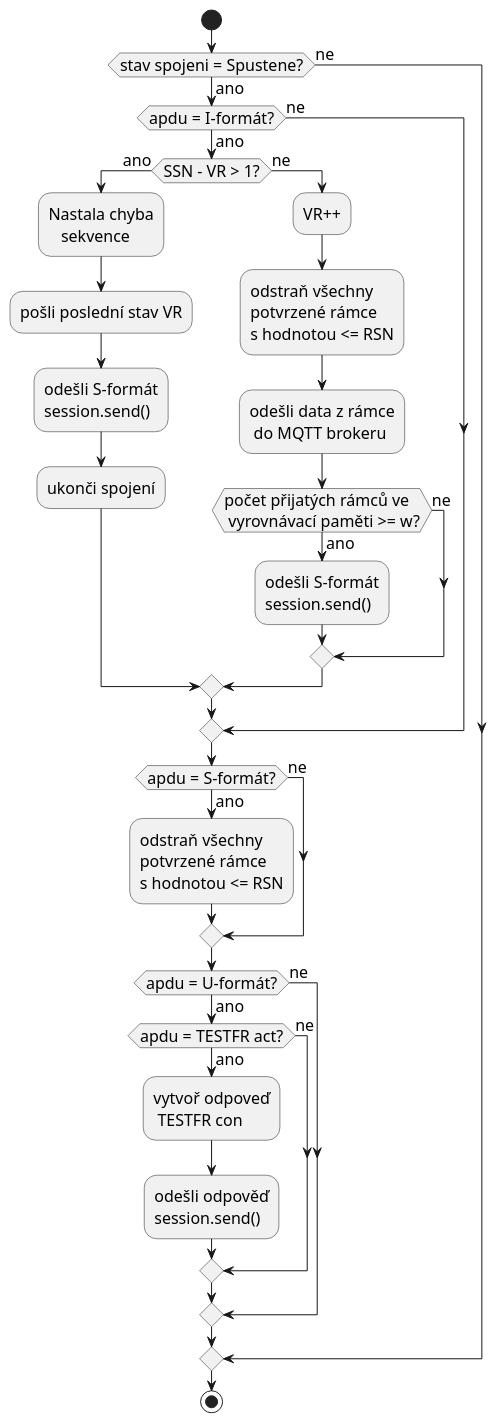
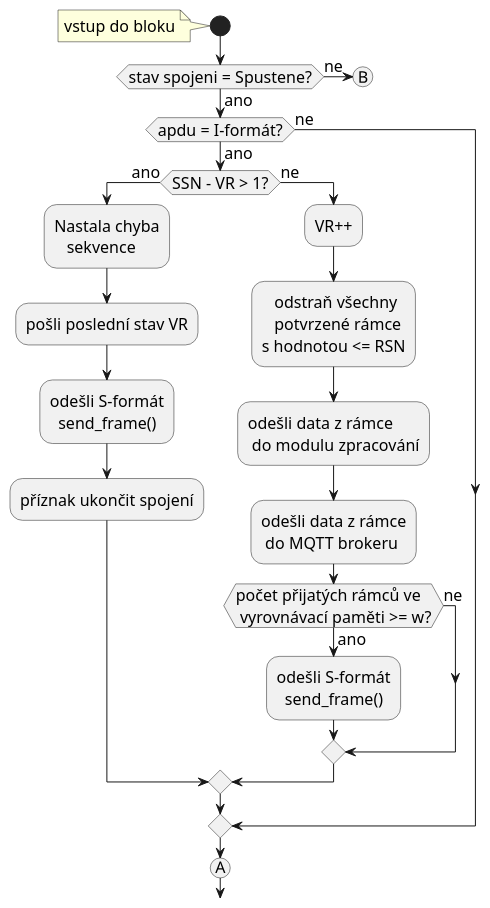
The third of 5 diagrams in IEC104_SERVER/IEC104_v7/diagramy/handle_apdu_state.puml (SlavekRylich/IEC104), drawn with PlantUML before and after one commit. The commit also changed other lines of this file and 15 other files, not shown here.

Commit message:
update diagrams

```diff
--- a/IEC104_SERVER/IEC104_v7/diagramy/handle_apdu_state.puml
+++ b/IEC104_SERVER/IEC104_v7/diagramy/handle_apdu_state.puml
@@ -46,40 +51,33 @@
 @startuml
-'State 2
+'State 2.1
 skinparam DefaultFontSize 16
 start
+note: vstup do bloku
 if (stav spojeni = Spustene?) then (ano)
- if (apdu = I-formát?) then (ano)
-      if (SSN - VR > 1?) then (ano)
-        :Nastala chyba\n   sekvence;
-        :pošli poslední stav VR;
-        :odešli S-formát\nsession.send();
-        :ukonči spojení;
-      else (ne)
-        :VR++;
-        :odstraň všechny \npotvrzené rámce \ns hodnotou <= RSN;
-        :odešli data z rámce\n do MQTT brokeru;
-        if (počet přijatých rámců ve \n vyrovnávací paměti >= w?) then (ano)
-            :odešli S-formát\nsession.send();
+    if (apdu = I-formát?) then (ano)
+        if (SSN - VR > 1?) then (ano)
+            :Nastala chyba\n   sekvence;
+            :pošli poslední stav VR;
+            :odešli S-formát\n  send_frame();
+            :příznak ukončit spojení;
         else (ne)
+            :VR++;
+            :   odstraň všechny \n   potvrzené rámce \ns hodnotou <= RSN;
+            :odešli data z rámce\n do modulu zpracování;
+            :odešli data z rámce\n do MQTT brokeru;
+            if (počet přijatých rámců ve \n vyrovnávací paměti >= w?) then (ano)
+                :odešli S-formát\n  send_frame();
+            else (ne)
+            endif
         endif
-      endif
-  else (ne)
+    else (ne)
 
+    endif
+    (A)
+
+
+else (ne)
+(B)
 endif
-if (apdu = S-formát?) then (ano)
-            :odstraň všechny \npotvrzené rámce \ns hodnotou <= RSN;
-      else (ne)
 
-      endif
-      if (apdu = U-formát?) then (ano)
-              if (apdu = TESTFR act?) then (ano)
-                :vytvoř odpoveď\n TESTFR con;
-                :odešli odpověď\nsession.send();
-              else (ne)
-              endif
-          else (ne)
-          endif
-else (ne)
-endif
-stop
 @enduml
```
